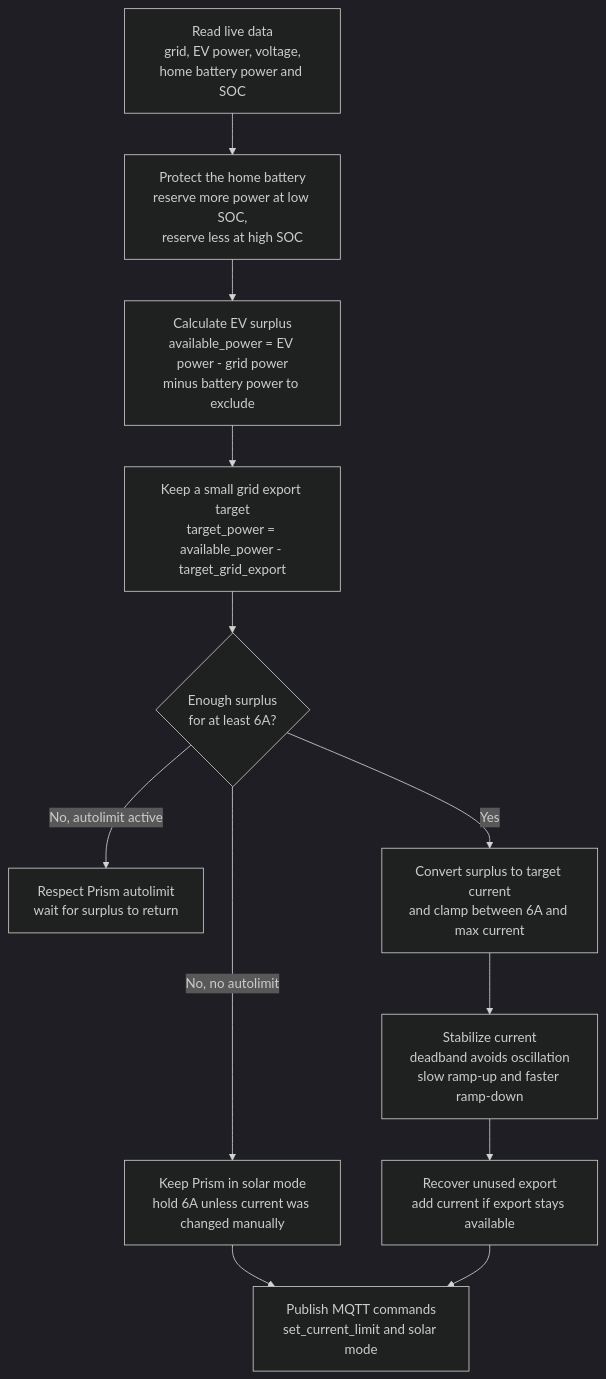
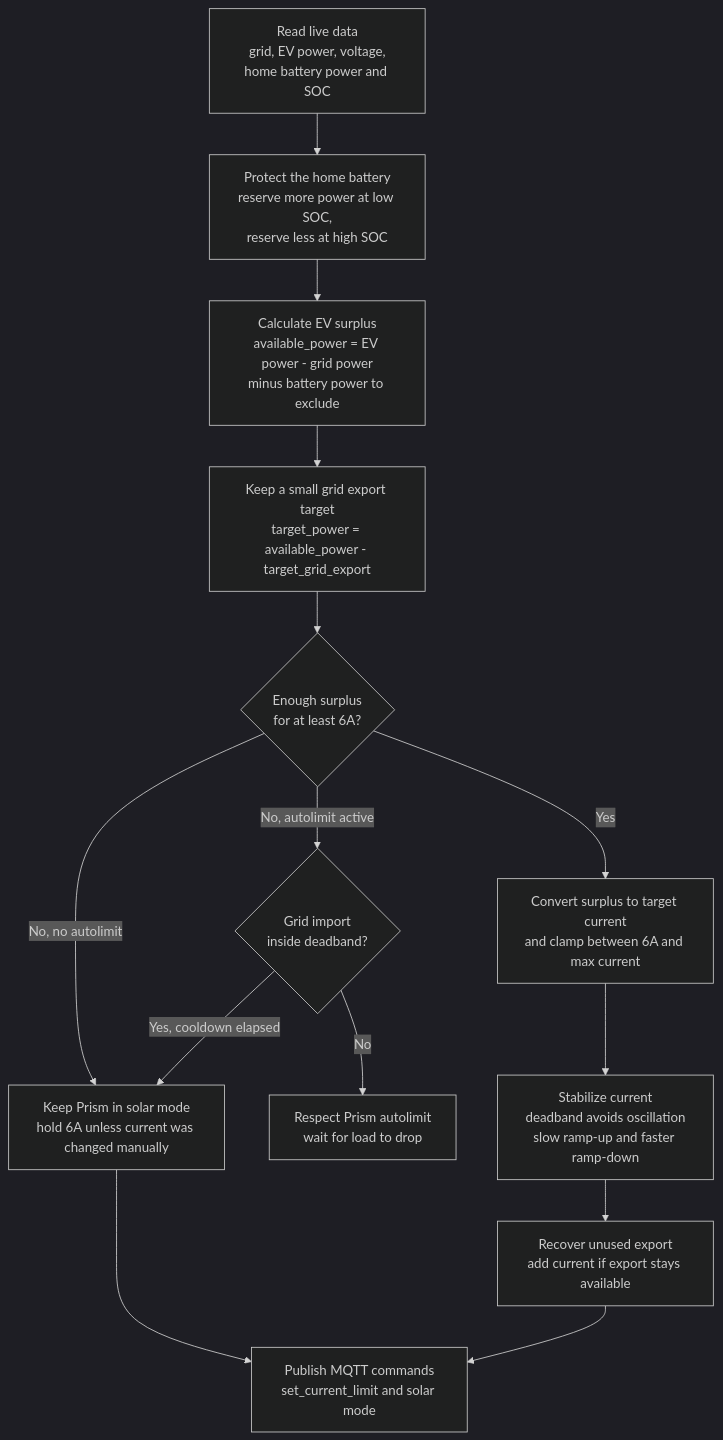
The diagram in README.md (italoc/silla-prism-integration), drawn with Mermaid (dark theme) before and after one commit. The commit also changed other lines of this file and 3 other files, not shown here.

````diff
--- a/README.md
+++ b/README.md
@@ -157,16 +158,18 @@
 ```mermaid
 flowchart TD
     A["Read live data<br/>grid, EV power, voltage,<br/>home battery power and SOC"] --> B["Protect the home battery<br/>reserve more power at low SOC,<br/>reserve less at high SOC"]
     B --> C["Calculate EV surplus<br/>available_power = EV power - grid power<br/>minus battery power to exclude"]
     C --> D["Keep a small grid export target<br/>target_power = available_power - target_grid_export"]
     D --> E{"Enough surplus<br/>for at least 6A?"}
 
-    E -->|No, autolimit active| F["Respect Prism autolimit<br/>wait for surplus to return"]
+    E -->|No, autolimit active| F{"Grid import<br/>inside deadband?"}
     E -->|No, no autolimit| G["Keep Prism in solar mode<br/>hold 6A unless current was changed manually"]
     E -->|Yes| H["Convert surplus to target current<br/>and clamp between 6A and max current"]
 
+    F -->|No| L["Respect Prism autolimit<br/>wait for load to drop"]
+    F -->|Yes, cooldown elapsed| G
     G --> K["Publish MQTT commands<br/>set_current_limit and solar mode"]
     H --> I["Stabilize current<br/>deadband avoids oscillation<br/>slow ramp-up and faster ramp-down"]
     I --> J["Recover unused export<br/>add current if export stays available"]
     J --> K["Publish MQTT commands<br/>set_current_limit and solar mode"]
 ```
````
